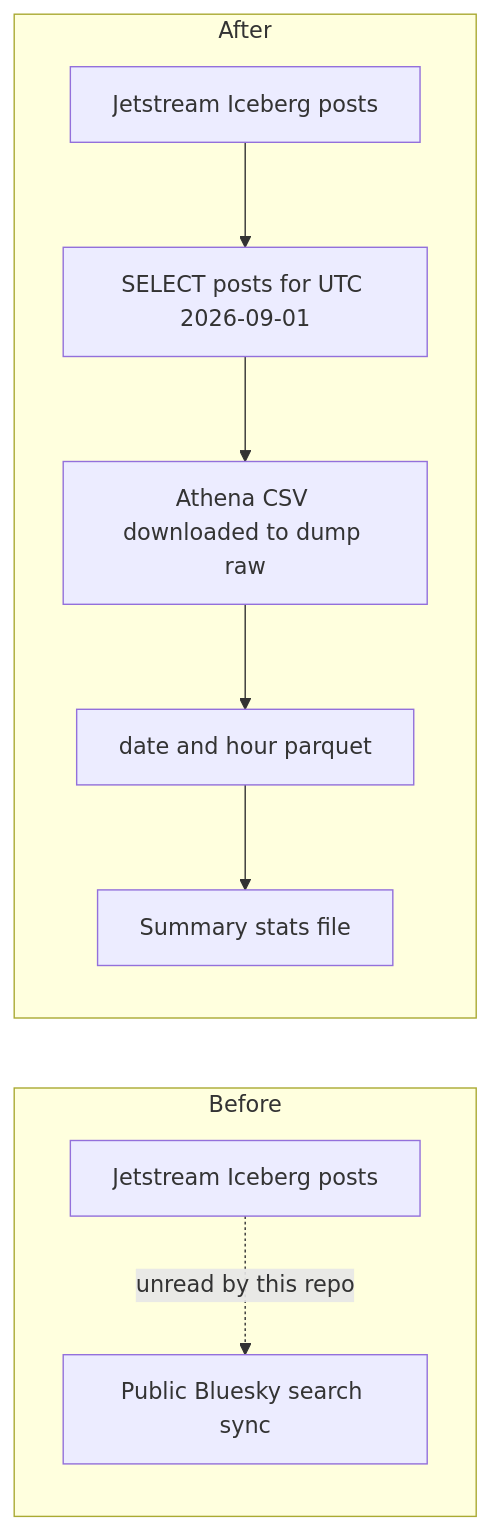
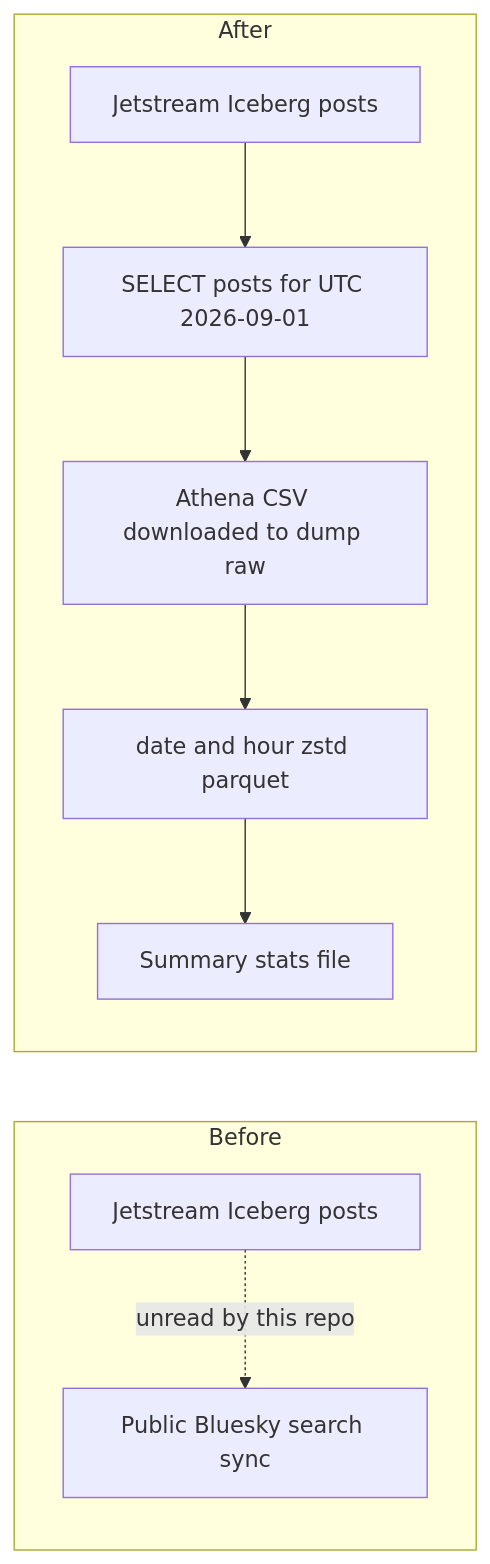
Before and after one commit to METResearchGroup/mirrorView-task: the diagram in docs/plans/2026-09-03_bluesky_jetstream_posts_dump_abfb8f/plan.md, drawn with Mermaid. The commit also changed other lines of this file and 3 other files, not shown here.

First line of the commit message:
Expand dump plan: drop tests, require zstd parquet, add step files.

````diff
--- a/docs/plans/2026-09-03_bluesky_jetstream_posts_dump_abfb8f/plan.md
+++ b/docs/plans/2026-09-03_bluesky_jetstream_posts_dump_abfb8f/plan.md
@@ -27,19 +27,19 @@
 ```mermaid
 flowchart LR
   subgraph before [Before]
     JS[Jetstream Iceberg posts]
     API[Public Bluesky search sync]
     JS -.->|unread by this repo| API
   end
   subgraph after [After]
     JS2[Jetstream Iceberg posts]
     Sel[SELECT posts for UTC 2026-09-01]
     Csv[Athena CSV downloaded to dump raw]
-    Pq[date and hour parquet]
+    Pq[date and hour zstd parquet]
     Stats[Summary stats file]
     JS2 --> Sel
     Sel --> Csv
     Csv --> Pq
     Pq --> Stats
   end
 ```
````
